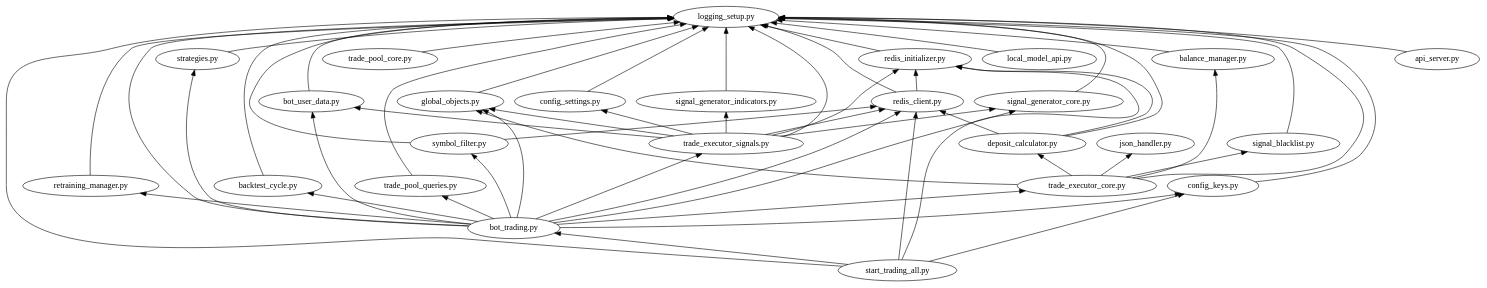
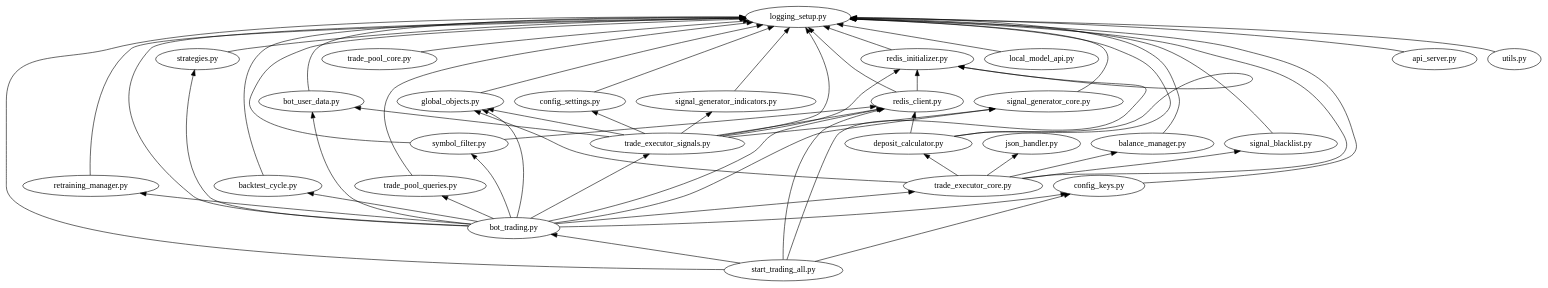
The diagram in trading_bot_graph.dot (Mars-proj/project_map_trading.md), drawn with Graphviz before and after one commit.

```diff
--- a/trading_bot_graph.dot
+++ b/trading_bot_graph.dot
@@ -1,98 +1,100 @@
 digraph trading_bot {
     rankdir=BT;
 
     // Core Trading Logic Modules
     trade_executor_core [label="trade_executor_core.py"];
     trade_executor_signals [label="trade_executor_signals.py"];
     bot_trading [label="bot_trading.py"];
     start_trading_all [label="start_trading_all.py"];
     signal_generator_core [label="signal_generator_core.py"];
     signal_generator_indicators [label="signal_generator_indicators.py"];
     strategies [label="strategies.py"];
     trade_pool_core [label="trade_pool_core.py"];
     trade_pool_queries [label="trade_pool_queries.py"];
     global_objects [label="global_objects.py"];
     symbol_filter [label="symbol_filter.py"];
     balance_manager [label="balance_manager.py"];
     deposit_calculator [label="deposit_calculator.py"];
     signal_blacklist [label="signal_blacklist.py"];
     retraining_manager [label="retraining_manager.py"];
     local_model_api [label="local_model_api.py"];
 
     // Supporting Modules
     logging_setup [label="logging_setup.py"];
     config_keys [label="config_keys.py"];
     redis_initializer [label="redis_initializer.py"];
     redis_client [label="redis_client.py"];
     json_handler [label="json_handler.py"];
     config_settings [label="config_settings.py"];
     backtest_cycle [label="backtest_cycle.py"];
     bot_user_data [label="bot_user_data.py"];
     api_server [label="api_server.py"];
+    utils [label="utils.py"];
 
     // Additional Modules (abbreviated for brevity)
-    // ... (other 78 modules)
+    // ... (other 77 modules)
 
     // Dependencies
     trade_executor_core -> balance_manager;
     trade_executor_core -> deposit_calculator;
     trade_executor_core -> signal_blacklist;
     trade_executor_core -> logging_setup;
     trade_executor_core -> json_handler;
     trade_executor_core -> global_objects;
 
     trade_executor_signals -> logging_setup;
     trade_executor_signals -> signal_generator_core;
     trade_executor_signals -> signal_generator_indicators;
     trade_executor_signals -> global_objects;
     trade_executor_signals -> config_settings;
     trade_executor_signals -> redis_initializer;
     trade_executor_signals -> bot_user_data;
     trade_executor_signals -> redis_client;
 
     bot_trading -> trade_executor_core;
     bot_trading -> trade_executor_signals;
     bot_trading -> logging_setup;
     bot_trading -> signal_generator_core;
     bot_trading -> strategies;
     bot_trading -> trade_pool_queries;
     bot_trading -> global_objects;
     bot_trading -> symbol_filter;
     bot_trading -> config_keys;
     bot_trading -> bot_user_data;
     bot_trading -> redis_client;
     bot_trading -> retraining_manager;
     bot_trading -> backtest_cycle;
 
     start_trading_all -> bot_trading;
     start_trading_all -> config_keys;
     start_trading_all -> logging_setup;
     start_trading_all -> redis_initializer;
     start_trading_all -> redis_client;
 
     signal_generator_core -> logging_setup;
     signal_generator_indicators -> logging_setup;
     strategies -> logging_setup;
     trade_pool_core -> logging_setup;
     trade_pool_queries -> logging_setup;
     global_objects -> logging_setup;
     symbol_filter -> logging_setup;
     symbol_filter -> redis_client;
     balance_manager -> logging_setup;
     deposit_calculator -> logging_setup;
     deposit_calculator -> redis_initializer;
     deposit_calculator -> redis_client;
     signal_blacklist -> logging_setup;
     retraining_manager -> logging_setup;
     local_model_api -> logging_setup;
 
     // Supporting Modules Dependencies
     redis_initializer -> logging_setup;
     redis_client -> redis_initializer;
     redis_client -> logging_setup;
     config_settings -> logging_setup;
     backtest_cycle -> logging_setup;
     bot_user_data -> logging_setup;
     api_server -> logging_setup;
     config_keys -> logging_setup;
+    utils -> logging_setup;
 }
```
